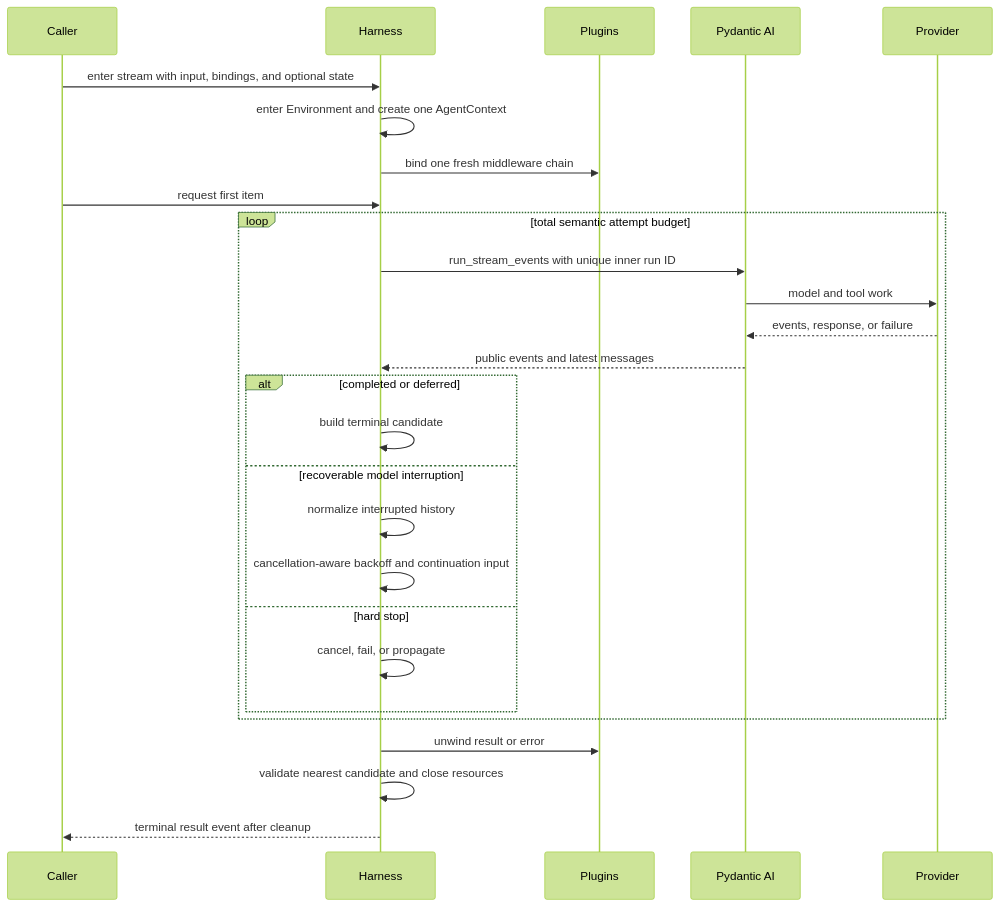
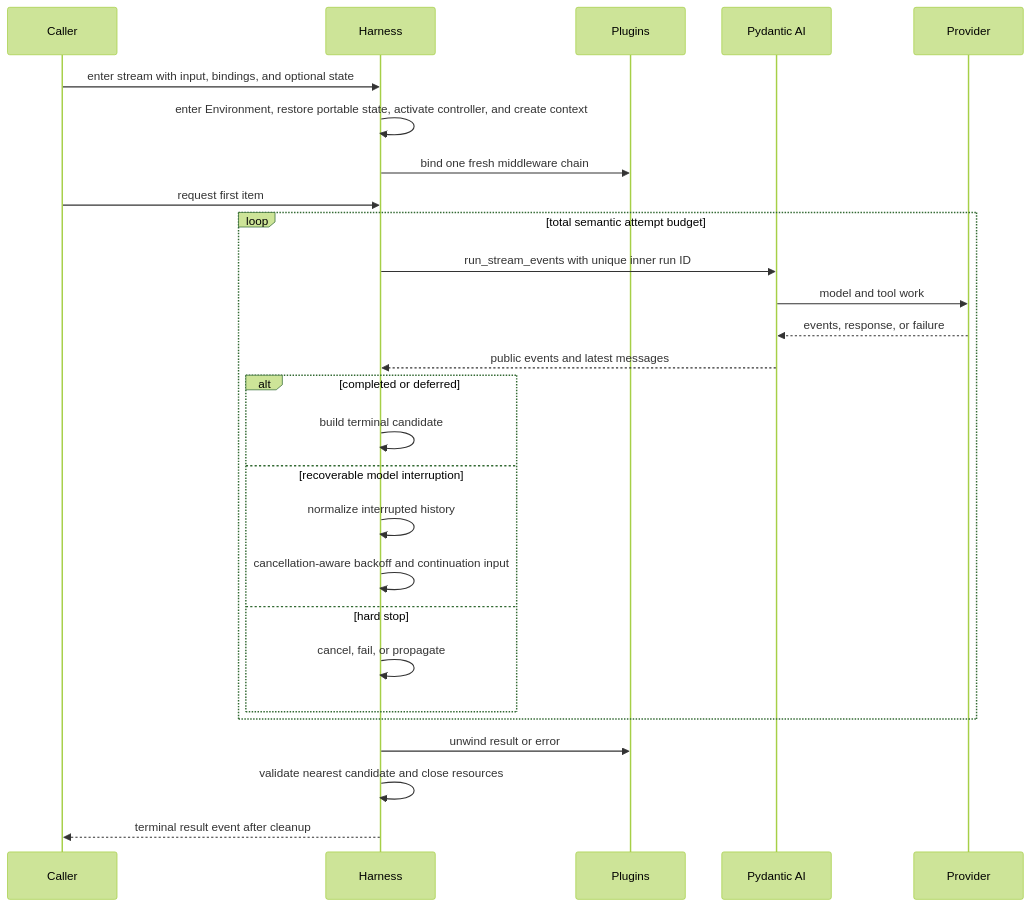
One commit to LTThreeComma/agent-foundation changed the second of 2 diagrams in spec/agent-harness/06-execution-context-and-lifecycle.md. Above: the diagram before and after it, drawn with Mermaid (forest theme). The commit also changed other lines of this file and 25 other files, not shown here.

Commit message:
docs(harness): finalize environment and compact refs

````diff
--- a/spec/agent-harness/06-execution-context-and-lifecycle.md
+++ b/spec/agent-harness/06-execution-context-and-lifecycle.md
@@ -73,30 +75,30 @@
 ```mermaid
 sequenceDiagram
     participant Caller
     participant Harness
     participant Plugins
     participant PAI as Pydantic AI
     participant Provider
 
     Caller->>Harness: enter stream with input, bindings, and optional state
-    Harness->>Harness: enter Environment and create one AgentContext
+    Harness->>Harness: enter Environment, restore portable state, activate controller, and create context
     Harness->>Plugins: bind one fresh middleware chain
     Caller->>Harness: request first item
     loop total semantic attempt budget
         Harness->>PAI: run_stream_events with unique inner run ID
         PAI->>Provider: model and tool work
         Provider-->>PAI: events, response, or failure
         PAI-->>Harness: public events and latest messages
         alt completed or deferred
             Harness->>Harness: build terminal candidate
         else recoverable model interruption
             Harness->>Harness: normalize interrupted history
             Harness->>Harness: cancellation-aware backoff and continuation input
         else hard stop
             Harness->>Harness: cancel, fail, or propagate
         end
     end
     Harness->>Plugins: unwind result or error
     Harness->>Harness: validate nearest candidate and close resources
     Harness-->>Caller: terminal result event after cleanup
 ```
````
